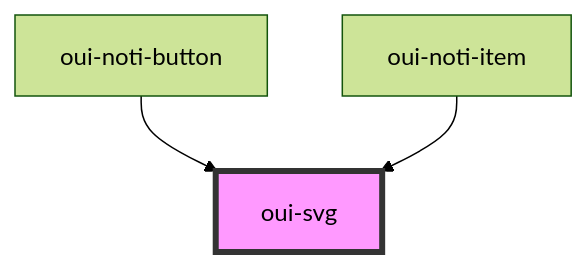
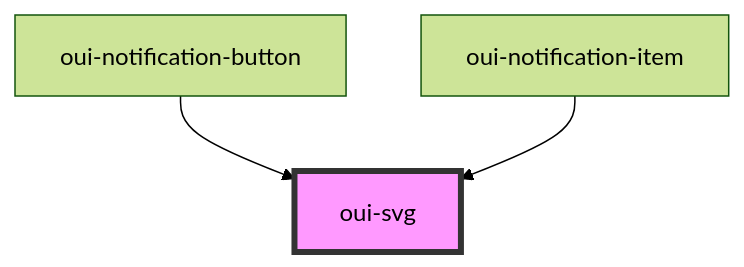
One commit to oberd/oui changed the diagram in src/components/svg/readme.md. Above: the diagram before and after it, drawn with Mermaid (forest theme). The commit also changed other lines of this file and 19 other files, not shown here.

````diff
--- a/src/components/svg/readme.md
+++ b/src/components/svg/readme.md
@@ -24,6 +24,6 @@
 ```mermaid
 graph TD;
-  oui-noti-button --> oui-svg
-  oui-noti-item --> oui-svg
+  oui-notification-button --> oui-svg
+  oui-notification-item --> oui-svg
   style oui-svg fill:#f9f,stroke:#333,stroke-width:4px
 ```
````
